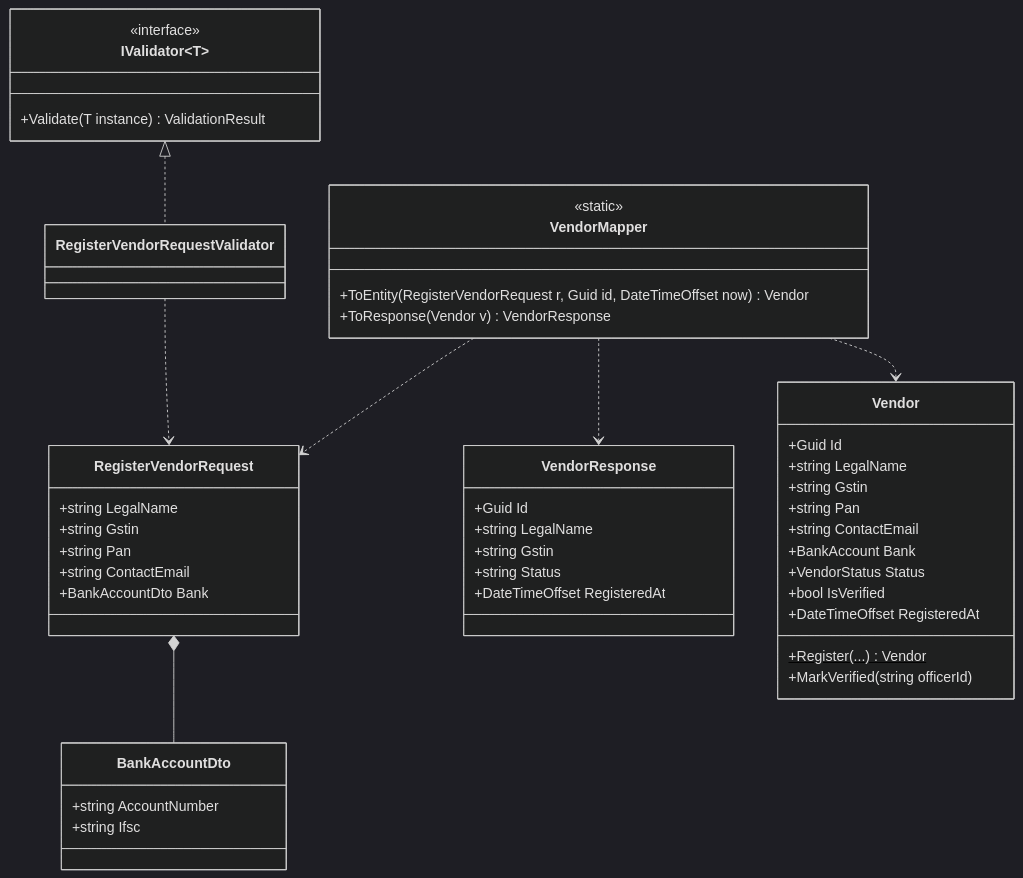
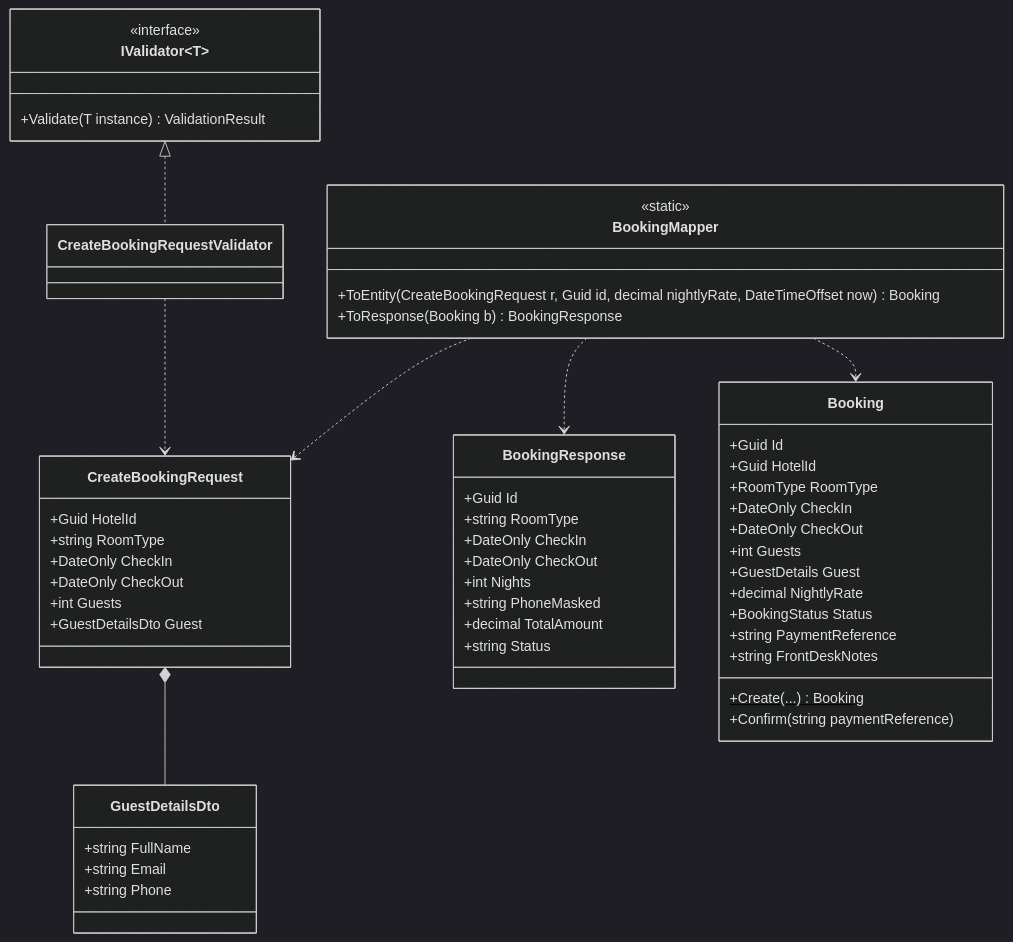
The first of 2 diagrams in content/lessons/m03/m03-dtos-mapping-validation.md (rizwi0786/system-design-lab), drawn with Mermaid (dark theme) before and after one commit. The commit also changed other lines of this file and 334 other files, not shown here.

````diff
--- a/content/lessons/m03/m03-dtos-mapping-validation.md
+++ b/content/lessons/m03/m03-dtos-mapping-validation.md
@@ -148,50 +154,57 @@
 ```mermaid
 classDiagram
-    class RegisterVendorRequest {
-        +string LegalName
-        +string Gstin
-        +string Pan
-        +string ContactEmail
-        +BankAccountDto Bank
+    class CreateBookingRequest {
+        +Guid HotelId
+        +string RoomType
+        +DateOnly CheckIn
+        +DateOnly CheckOut
+        +int Guests
+        +GuestDetailsDto Guest
     }
-    class BankAccountDto {
-        +string AccountNumber
-        +string Ifsc
+    class GuestDetailsDto {
+        +string FullName
+        +string Email
+        +string Phone
     }
-    class VendorResponse {
+    class BookingResponse {
         +Guid Id
-        +string LegalName
-        +string Gstin
+        +string RoomType
+        +DateOnly CheckIn
+        +DateOnly CheckOut
+        +int Nights
+        +string PhoneMasked
+        +decimal TotalAmount
         +string Status
-        +DateTimeOffset RegisteredAt
     }
-    class Vendor {
+    class Booking {
         +Guid Id
-        +string LegalName
-        +string Gstin
-        +string Pan
-        +string ContactEmail
-        +BankAccount Bank
-        +VendorStatus Status
-        +bool IsVerified
-        +DateTimeOffset RegisteredAt
-        +Register(...) Vendor$
-        +MarkVerified(string officerId)
+        +Guid HotelId
+        +RoomType RoomType
+        +DateOnly CheckIn
+        +DateOnly CheckOut
+        +int Guests
+        +GuestDetails Guest
+        +decimal NightlyRate
+        +BookingStatus Status
+        +string PaymentReference
+        +string FrontDeskNotes
+        +Create(...) Booking$
+        +Confirm(string paymentReference)
     }
-    class VendorMapper {
+    class BookingMapper {
         <<static>>
-        +ToEntity(RegisterVendorRequest r, Guid id, DateTimeOffset now) Vendor
-        +ToResponse(Vendor v) VendorResponse
+        +ToEntity(CreateBookingRequest r, Guid id, decimal nightlyRate, DateTimeOffset now) Booking
+        +ToResponse(Booking b) BookingResponse
     }
     class IValidator~T~ {
         <<interface>>
         +Validate(T instance) ValidationResult
     }
-    class RegisterVendorRequestValidator
-    RegisterVendorRequest *-- BankAccountDto
-    VendorMapper ..> RegisterVendorRequest
-    VendorMapper ..> Vendor
-    VendorMapper ..> VendorResponse
-    IValidator~T~ <|.. RegisterVendorRequestValidator
-    RegisterVendorRequestValidator ..> RegisterVendorRequest
+    class CreateBookingRequestValidator
+    CreateBookingRequest *-- GuestDetailsDto
+    BookingMapper ..> CreateBookingRequest
+    BookingMapper ..> Booking
+    BookingMapper ..> BookingResponse
+    IValidator~T~ <|.. CreateBookingRequestValidator
+    CreateBookingRequestValidator ..> CreateBookingRequest
 ```
````
